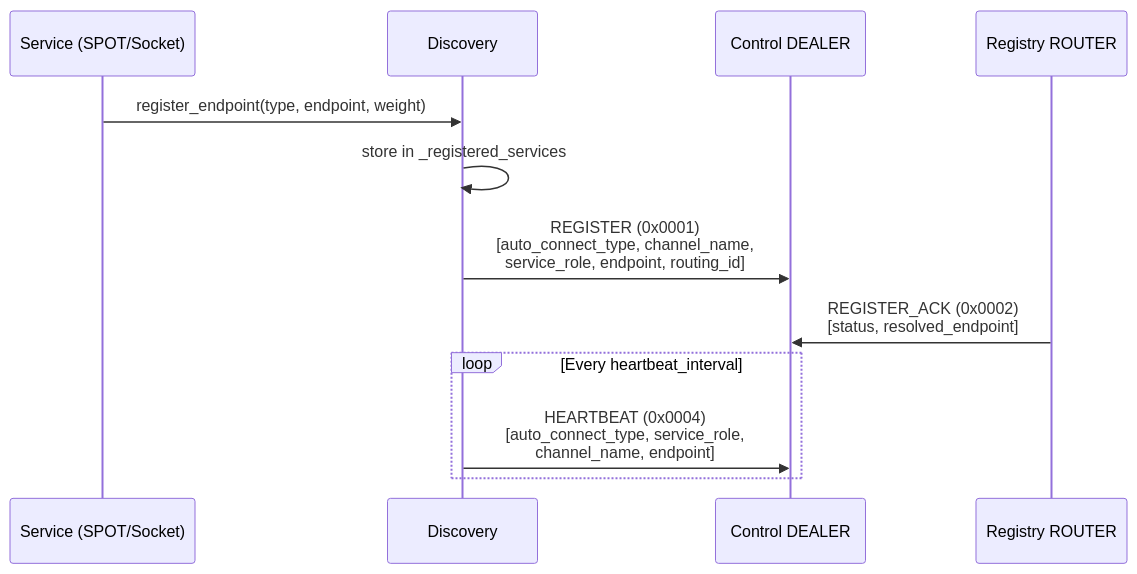
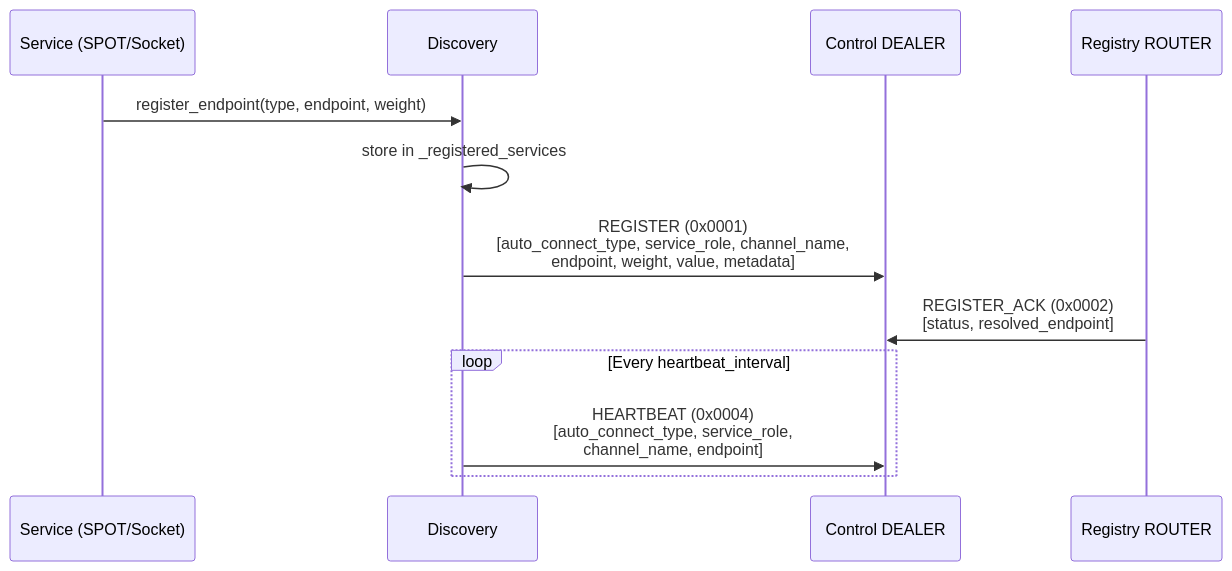
Before and after one commit to kairos-code-dev/zlink: the fourth of 11 diagrams in core/doc/internals/discovery-internals.md, drawn with Mermaid. The commit also changed other lines of this file, not shown here.

First line of the commit message:
docs(core): discovery-internals.md EN 동기화 — 프로토콜 프레임/owner role/actor fallback

````diff
--- a/core/doc/internals/discovery-internals.md
+++ b/core/doc/internals/discovery-internals.md
@@ -102,16 +102,16 @@
 ```mermaid
 sequenceDiagram
     participant Service as Service (SPOT/Socket)
     participant Disc as Discovery
     participant DEALER as Control DEALER
     participant REG as Registry ROUTER
 
     Service->>Disc: register_endpoint(type, endpoint, weight)
     Disc->>Disc: store in _registered_services
-    Disc->>DEALER: REGISTER (0x0001)<br/>[auto_connect_type, channel_name,<br/>service_role, endpoint, routing_id]
+    Disc->>DEALER: REGISTER (0x0001)<br/>[auto_connect_type, service_role, channel_name,<br/>endpoint, weight, value, metadata]
     REG->>DEALER: REGISTER_ACK (0x0002)<br/>[status, resolved_endpoint]
 
     loop Every heartbeat_interval
         Disc->>DEALER: HEARTBEAT (0x0004)<br/>[auto_connect_type, service_role,<br/>channel_name, endpoint]
     end
 ```
````
